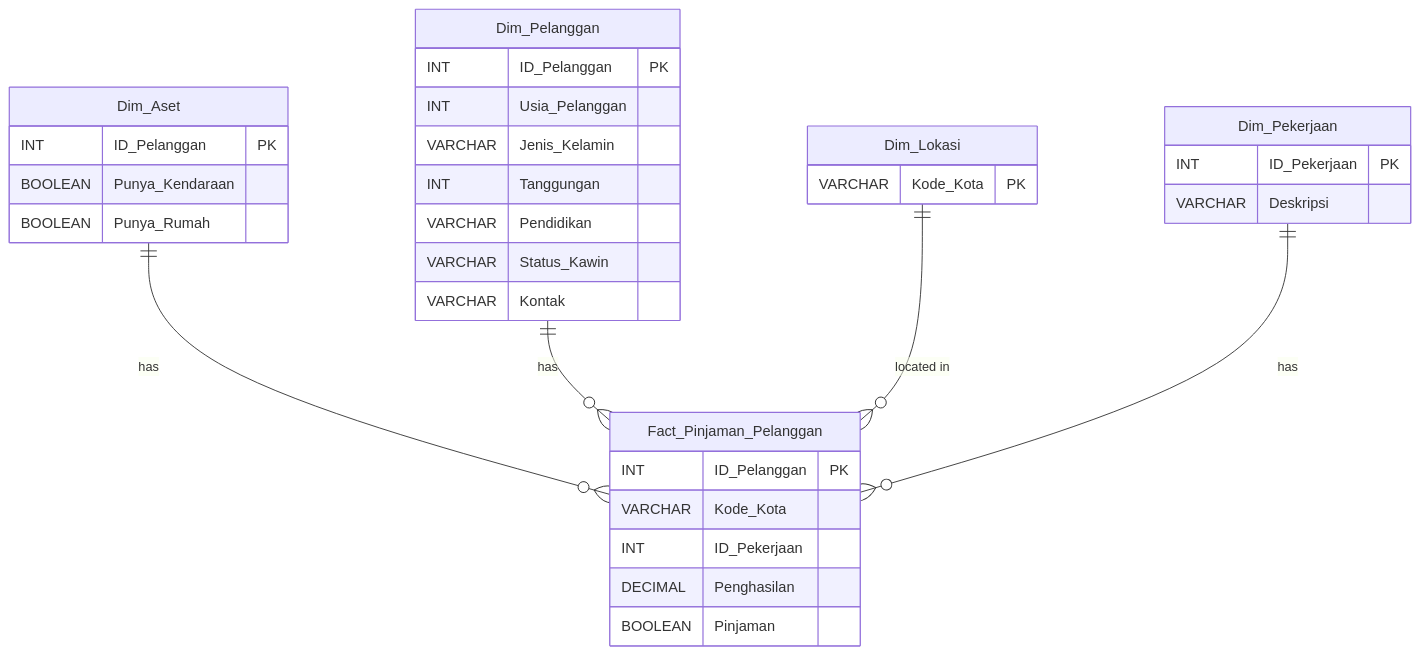
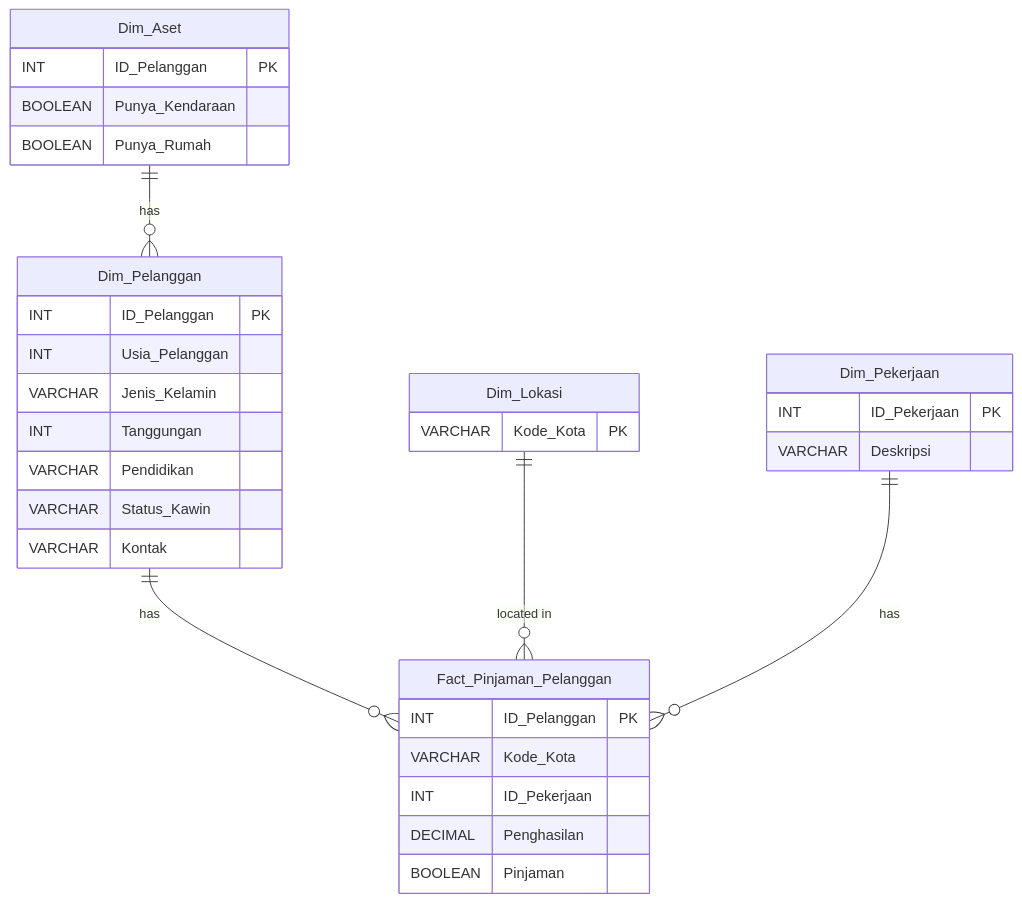
The diagram in README.md (fmrozaqi/dwib-customer-mmi24), drawn with Mermaid before and after one commit. The commit also changed 1 other file, not shown here.

Commit message:
fix readme and table

````diff
--- a/README.md
+++ b/README.md
@@ -27,40 +27,40 @@
    ```mermaid
    erDiagram
        Dim_Pelanggan {
            INT ID_Pelanggan PK
            INT Usia_Pelanggan
            VARCHAR Jenis_Kelamin
            INT Tanggungan
            VARCHAR Pendidikan
            VARCHAR Status_Kawin
            VARCHAR Kontak
        }
 
        Dim_Lokasi {
            VARCHAR Kode_Kota PK
        }
 
        Dim_Aset {
            INT ID_Pelanggan PK
            BOOLEAN Punya_Kendaraan
            BOOLEAN Punya_Rumah
        }
 
        Dim_Pekerjaan {
            INT ID_Pekerjaan PK
            VARCHAR Deskripsi
        }
 
        Fact_Pinjaman_Pelanggan {
            INT ID_Pelanggan PK
            VARCHAR Kode_Kota
            INT ID_Pekerjaan
            DECIMAL Penghasilan
            BOOLEAN Pinjaman
        }
 
-       Dim_Aset ||--o{ Fact_Pinjaman_Pelanggan : "has"
+       Dim_Aset ||--o{ Dim_Pelanggan : "has"
        Dim_Pelanggan ||--o{ Fact_Pinjaman_Pelanggan : "has"
        Dim_Lokasi ||--o{ Fact_Pinjaman_Pelanggan : "located in"
        Dim_Pekerjaan ||--o{ Fact_Pinjaman_Pelanggan : "has"
    ```
````
